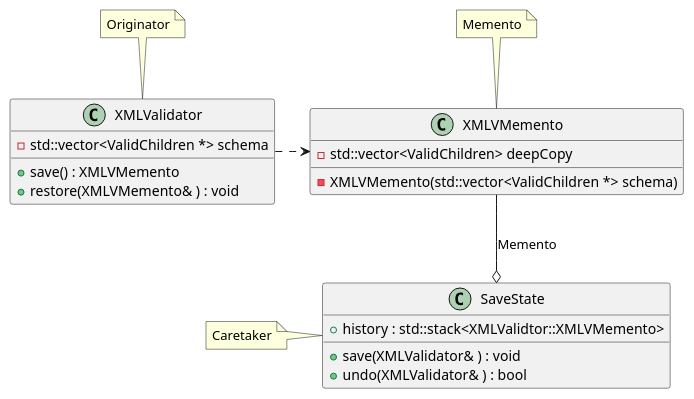
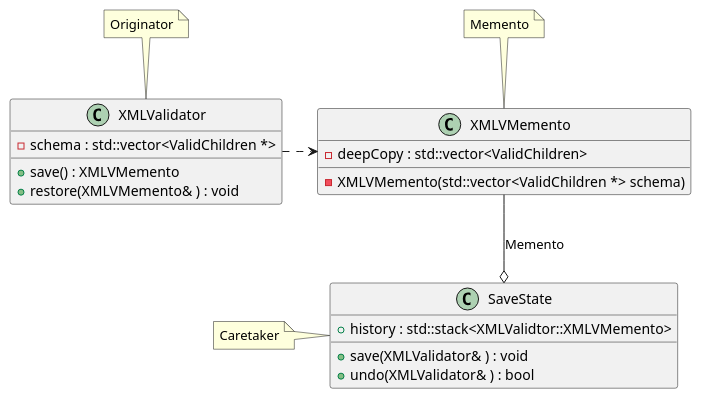
One commit to AdamBaumgartner42/patterns_605_707 changed the diagram in uml/memento_complex.puml. Above: the diagram before and after it, drawn with PlantUML.

Commit message:
updated puml

```diff
--- a/uml/memento_complex.puml
+++ b/uml/memento_complex.puml
@@ -1,42 +1,42 @@
 @startuml
 
 
 class XMLValidator
 {
-    -std::vector<ValidChildren *> schema
+    -schema : std::vector<ValidChildren *>
     +save() : XMLVMemento
     +restore(XMLVMemento& ) : void
 }
 
 class XMLVMemento 
 {
-    -std::vector<ValidChildren> deepCopy
+    -deepCopy : std::vector<ValidChildren>
     -XMLVMemento(std::vector<ValidChildren *> schema)
 }
 
 class SaveState
 {
     +history : std::stack<XMLValidtor::XMLVMemento>
     +save(XMLValidator& ) : void 
     +undo(XMLValidator& ) : bool
 }
 
 
 note top of XMLValidator : Originator
 
 note top of XMLVMemento : Memento
 
 note left of SaveState : Caretaker
 
 
 XMLVMemento --o SaveState : Memento
 
 XMLValidator .> XMLVMemento
 
 
 
 
 
 
 
 @enduml
```
